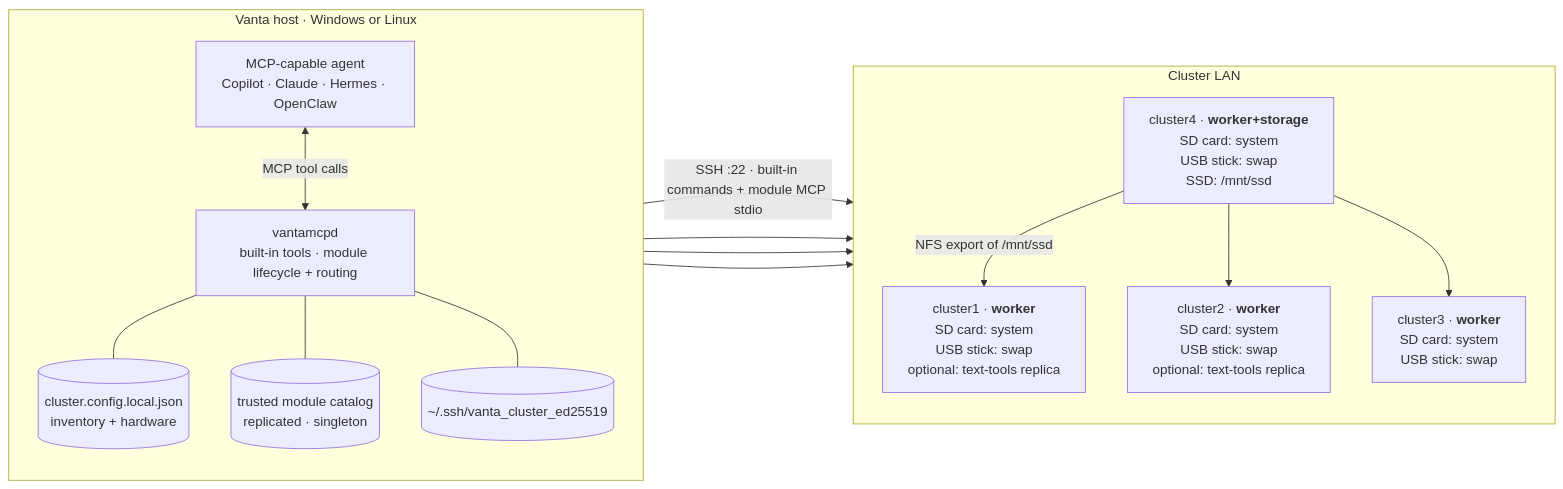
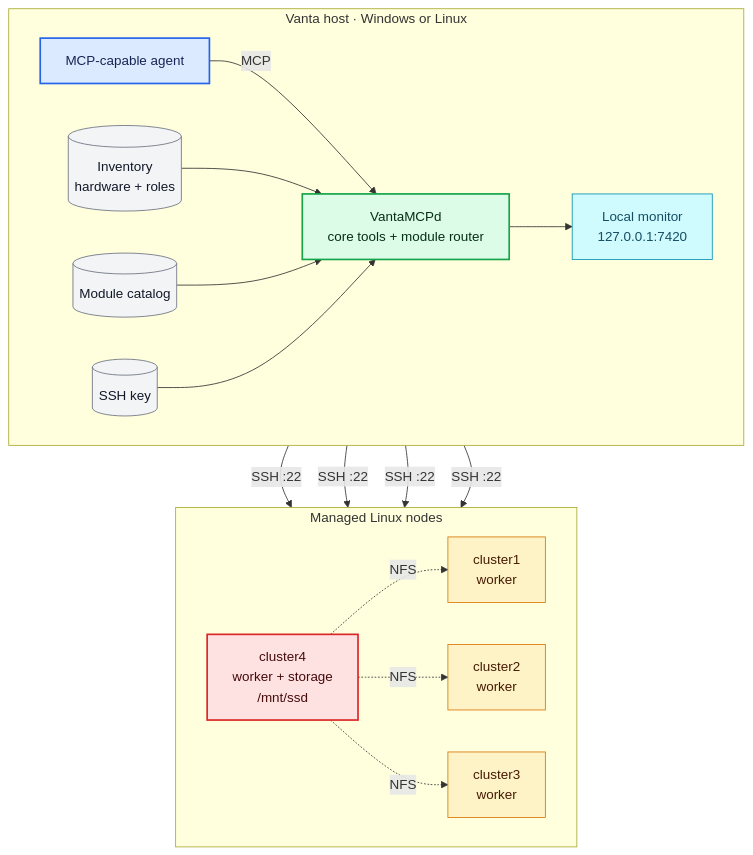
The first of 2 diagrams in README.md (ferzkopp/VantaMCPd), drawn with Mermaid before and after one commit. The commit also changed other lines of this file and 3 other files, not shown here.

````diff
--- a/README.md
+++ b/README.md
@@ -193,31 +195,34 @@
 ```mermaid
-flowchart LR
+flowchart TB
     subgraph HOST["Vanta host · Windows or Linux"]
-        direction TB
-        AGENT["MCP-capable agent<br/>Copilot · Claude · Hermes · OpenClaw"]
-      MCP["vantamcpd<br/>built-in tools · module lifecycle + routing"]
-        INV[("cluster.config.local.json<br/>inventory + hardware")]
-      CAT[("trusted module catalog<br/>replicated · singleton")]
-        KEY[("~/.ssh/vanta_cluster_ed25519")]
-        AGENT <-->|"MCP tool calls"| MCP
-        MCP --- INV
-      MCP --- CAT
-        MCP --- KEY
+        direction LR
+        AGENT["MCP-capable agent"]:::client -->|"MCP"| VANTA["VantaMCPd<br/>core tools + module router"]:::control
+        INVENTORY[("Inventory<br/>hardware + roles")]:::config --> VANTA
+        CATALOG[("Module catalog")]:::config --> VANTA
+        KEY[("SSH key")]:::config --> VANTA
+        VANTA --> MONITOR["Local monitor<br/>127.0.0.1:7420"]:::monitor
     end
 
-    subgraph LAN["Cluster LAN"]
-        direction TB
-      W1["cluster1 · <b>worker</b><br/>SD card: system<br/>USB stick: swap<br/>optional: text-tools replica"]
-      W2["cluster2 · <b>worker</b><br/>SD card: system<br/>USB stick: swap<br/>optional: text-tools replica"]
-        W3["cluster3 · <b>worker</b><br/>SD card: system<br/>USB stick: swap"]
-        S1["cluster4 · <b>worker+storage</b><br/>SD card: system<br/>USB stick: swap<br/>SSD: /mnt/ssd"]
-        S1 -->|"NFS export of /mnt/ssd"| W1
-        S1 --> W2
-        S1 --> W3
+    subgraph NODES["Managed Linux nodes"]
+        direction LR
+        N1["cluster1<br/>worker"]:::worker
+        N2["cluster2<br/>worker"]:::worker
+        N3["cluster3<br/>worker"]:::worker
+        N4["cluster4<br/>worker + storage<br/>/mnt/ssd"]:::storage
     end
 
-    MCP -->|"SSH :22 · built-in commands + module MCP stdio"| W1
-    MCP --> W2
-    MCP --> W3
-    MCP --> S1
+    VANTA -->|"SSH :22"| N1
+    VANTA -->|"SSH :22"| N2
+    VANTA -->|"SSH :22"| N3
+    VANTA -->|"SSH :22"| N4
+    N4 -.->|"NFS"| N1
+    N4 -.->|"NFS"| N2
+    N4 -.->|"NFS"| N3
+
+    classDef client fill:#dbeafe,stroke:#2563eb,color:#172554,stroke-width:2px
+    classDef control fill:#dcfce7,stroke:#16a34a,color:#052e16,stroke-width:2px
+    classDef config fill:#f3f4f6,stroke:#6b7280,color:#111827
+    classDef monitor fill:#cffafe,stroke:#0891b2,color:#164e63
+    classDef worker fill:#fef3c7,stroke:#d97706,color:#451a03
+    classDef storage fill:#fee2e2,stroke:#dc2626,color:#450a0a,stroke-width:2px
 ```
````
